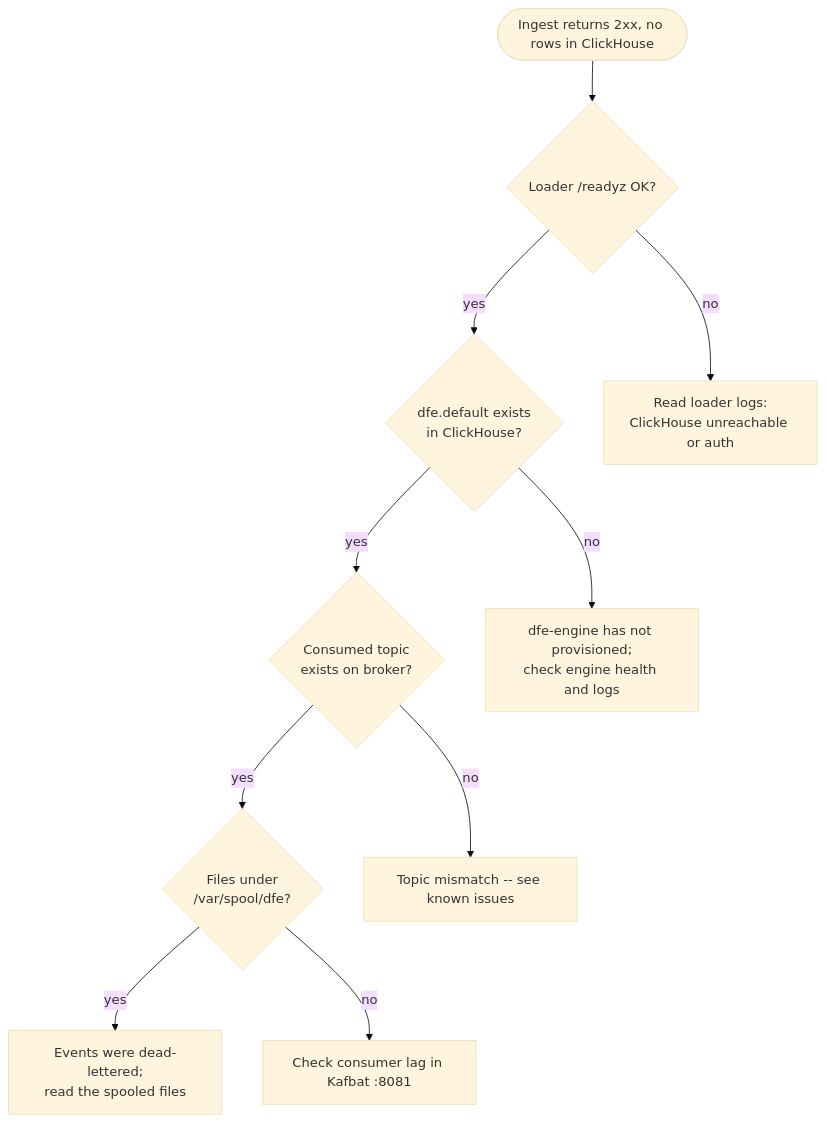
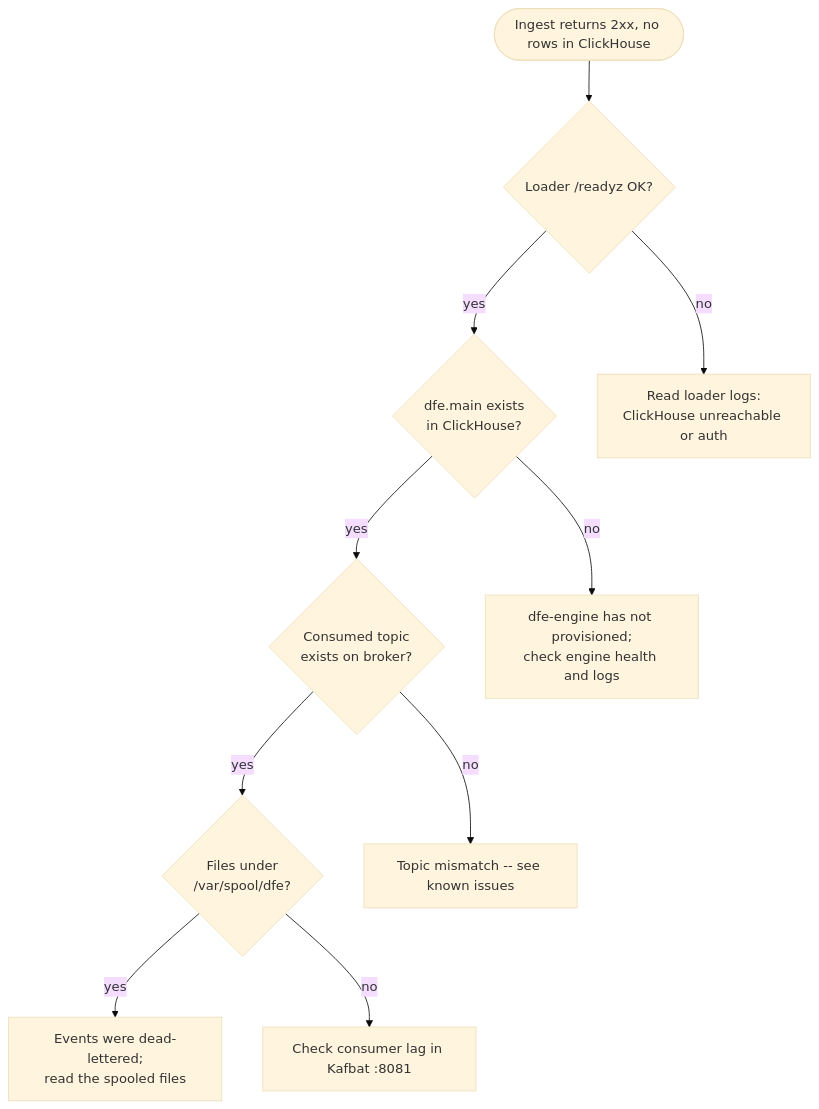
One commit to hyperi-io/dfe-docker changed the second of 2 diagrams in docs/troubleshooting.md. Above: the diagram before and after it, drawn with Mermaid (base theme). The commit also changed other lines of this file and 31 other files, not shown here.

````diff
--- a/docs/troubleshooting.md
+++ b/docs/troubleshooting.md
@@ -145,18 +145,18 @@
 ```mermaid
 flowchart TD
     start(["Ingest returns 2xx, no rows in ClickHouse"])
     loader{"Loader /readyz OK?"}
-    schema{"dfe.default exists<br/>in ClickHouse?"}
+    schema{"dfe.main exists<br/>in ClickHouse?"}
     topic{"Consumed topic<br/>exists on broker?"}
     dlq{"Files under<br/>/var/spool/dfe?"}
 
     start --> loader
     loader -->|no| fixloader["Read loader logs:<br/>ClickHouse unreachable or auth"]
     loader -->|yes| schema
     schema -->|no| fixschema["dfe-engine has not provisioned;<br/>check engine health and logs"]
     schema -->|yes| topic
     topic -->|no| fixtopic["Topic mismatch -- see known issues"]
     topic -->|yes| dlq
     dlq -->|yes| fixdlq["Events were dead-lettered;<br/>read the spooled files"]
     dlq -->|no| lag["Check consumer lag in Kafbat :8081"]
 ```
````
